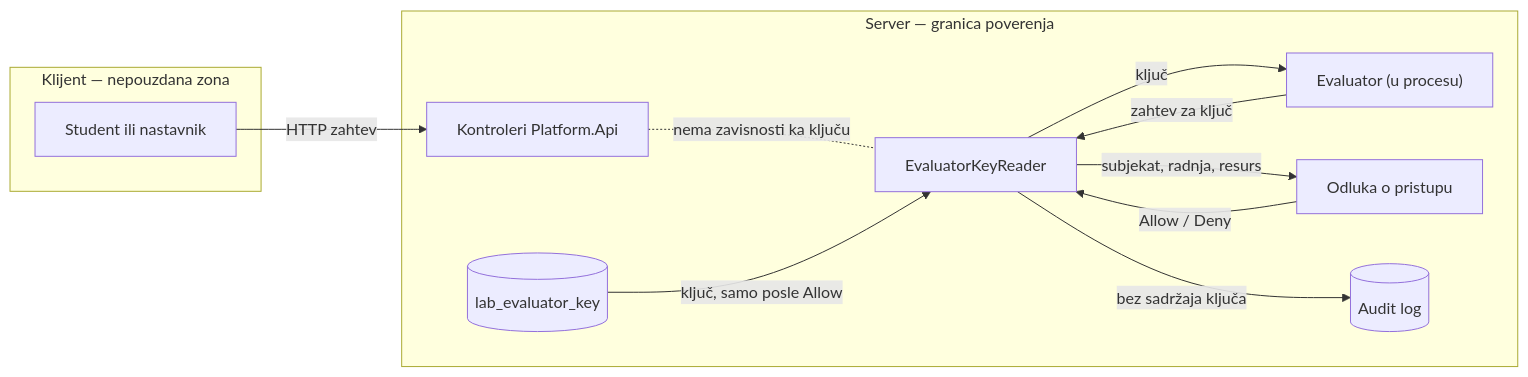
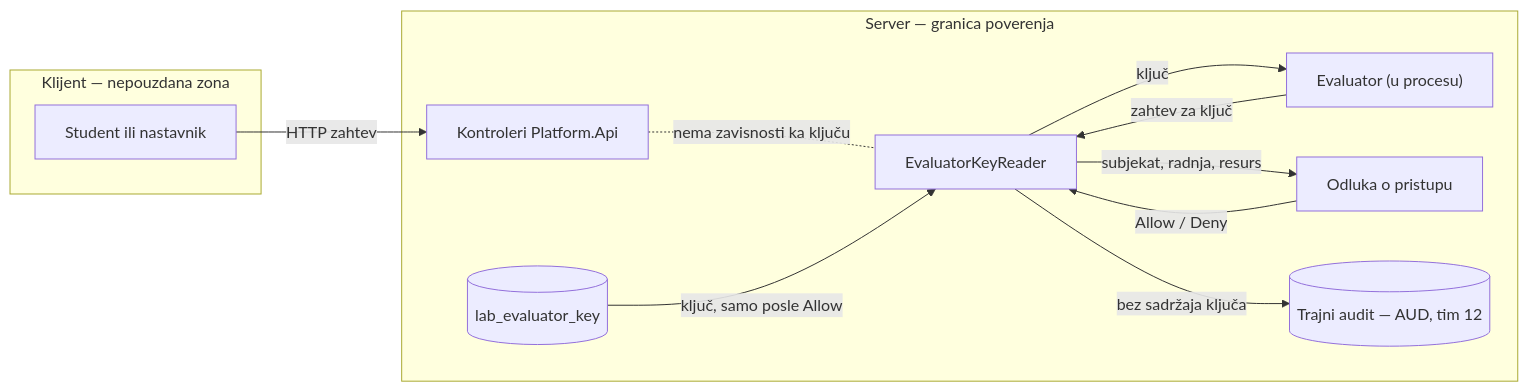
The second of 2 diagrams in docs/components/AUT-04-AUT-07/evaluator-key-access.md (owlCoder/security-lab), drawn with Mermaid before and after one commit. The commit also changed other lines of this file and 10 other files, not shown here.

Commit message:
AUT-04, AUD-01: send LabVisibility events to the durable audit (lab.visibility.accessed)

````diff
--- a/docs/components/AUT-04-AUT-07/evaluator-key-access.md
+++ b/docs/components/AUT-04-AUT-07/evaluator-key-access.md
@@ -52,24 +56,24 @@
 ```mermaid
 flowchart LR
     subgraph Client["Klijent — nepouzdana zona"]
         User["Student ili nastavnik"]
     end
 
     subgraph Server["Server — granica poverenja"]
         Api["Kontroleri Platform.Api"]
         Eval["Evaluator (u procesu)"]
         Reader["EvaluatorKeyReader"]
         Decision["Odluka o pristupu"]
         Key[("lab_evaluator_key")]
-        Log[("Audit log")]
+        Log[("Trajni audit — AUD, tim 12")]
     end
 
     User -->|"HTTP zahtev"| Api
     Api -. "nema zavisnosti ka ključu" .- Reader
     Eval -->|"zahtev za ključ"| Reader
     Reader -->|"subjekat, radnja, resurs"| Decision
     Decision -->|"Allow / Deny"| Reader
     Key -->|"ključ, samo posle Allow"| Reader
     Reader -->|"ključ"| Eval
     Reader -->|"bez sadržaja ključa"| Log
 ```
````
